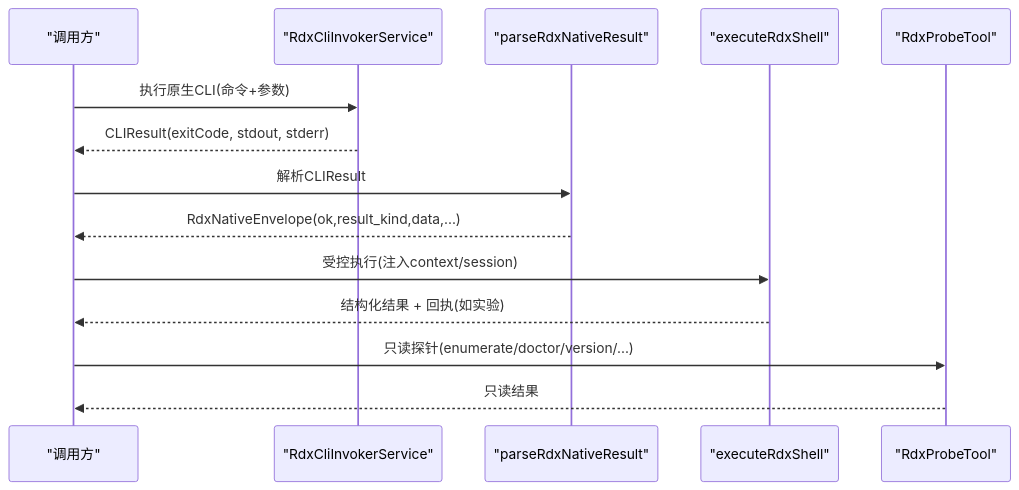
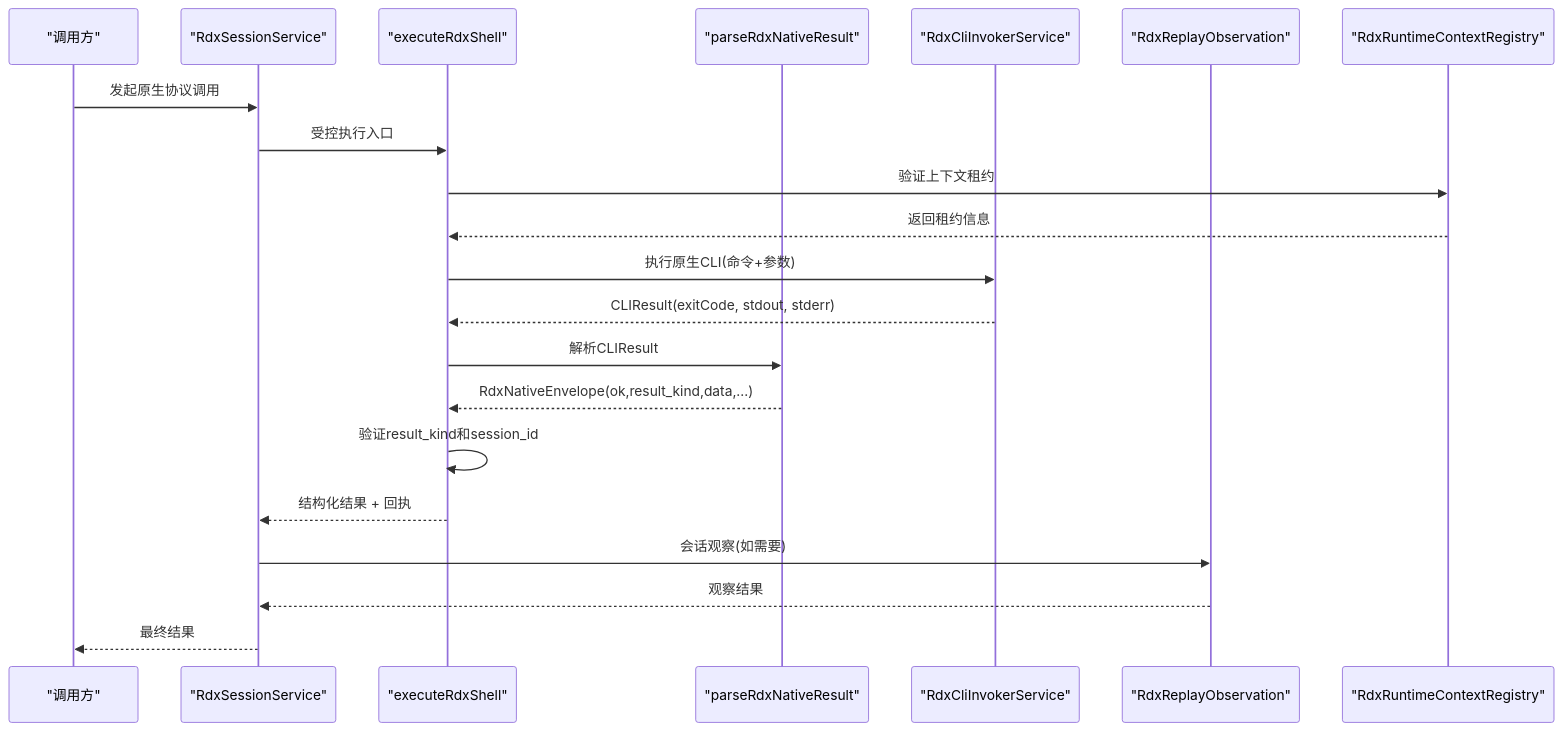
One commit to haolange/RDC-Agent changed the second of 5 diagrams in .qoder/repowiki/zh/content/架构设计/核心组件设计/CLI调用器设计/原生协议定义.md. Above: the diagram before and after it, drawn with Mermaid. The commit also changed other lines of this file and 221 other files, not shown here.

````diff
--- a/.qoder/repowiki/zh/content/架构设计/核心组件设计/CLI调用器设计/原生协议定义.md
+++ b/.qoder/repowiki/zh/content/架构设计/核心组件设计/CLI调用器设计/原生协议定义.md
@@ -97,16 +120,23 @@
 ```mermaid
 sequenceDiagram
 participant Caller as "调用方"
+participant SessionService as "RdxSessionService"
+participant Shell as "executeRdxShell"
+participant Parser as "parseRdxNativeResult"
 participant Invoker as "RdxCliInvokerService"
-participant Parser as "parseRdxNativeResult"
-participant Shell as "executeRdxShell"
-participant Probe as "RdxProbeTool"
-Caller->>Invoker : 执行原生CLI(命令+参数)
-Invoker-->>Caller : CLIResult(exitCode, stdout, stderr)
-Caller->>Parser : 解析CLIResult
-Parser-->>Caller : RdxNativeEnvelope(ok,result_kind,data,...)
-Caller->>Shell : 受控执行(注入context/session)
-Shell-->>Caller : 结构化结果 + 回执(如实验)
-Caller->>Probe : 只读探针(enumerate/doctor/version/...)
-Probe-->>Caller : 只读结果
+participant Observation as "RdxReplayObservation"
+participant Registry as "RdxRuntimeContextRegistry"
+Caller->>SessionService : 发起原生协议调用
+SessionService->>Shell : 受控执行入口
+Shell->>Registry : 验证上下文租约
+Registry-->>Shell : 返回租约信息
+Shell->>Invoker : 执行原生CLI(命令+参数)
+Invoker-->>Shell : CLIResult(exitCode, stdout, stderr)
+Shell->>Parser : 解析CLIResult
+Parser-->>Shell : RdxNativeEnvelope(ok,result_kind,data,...)
+Shell->>Shell : 验证result_kind和session_id
+Shell-->>SessionService : 结构化结果 + 回执
+SessionService->>Observation : 会话观察(如需要)
+Observation-->>SessionService : 观察结果
+SessionService-->>Caller : 最终结果
 ```
````
